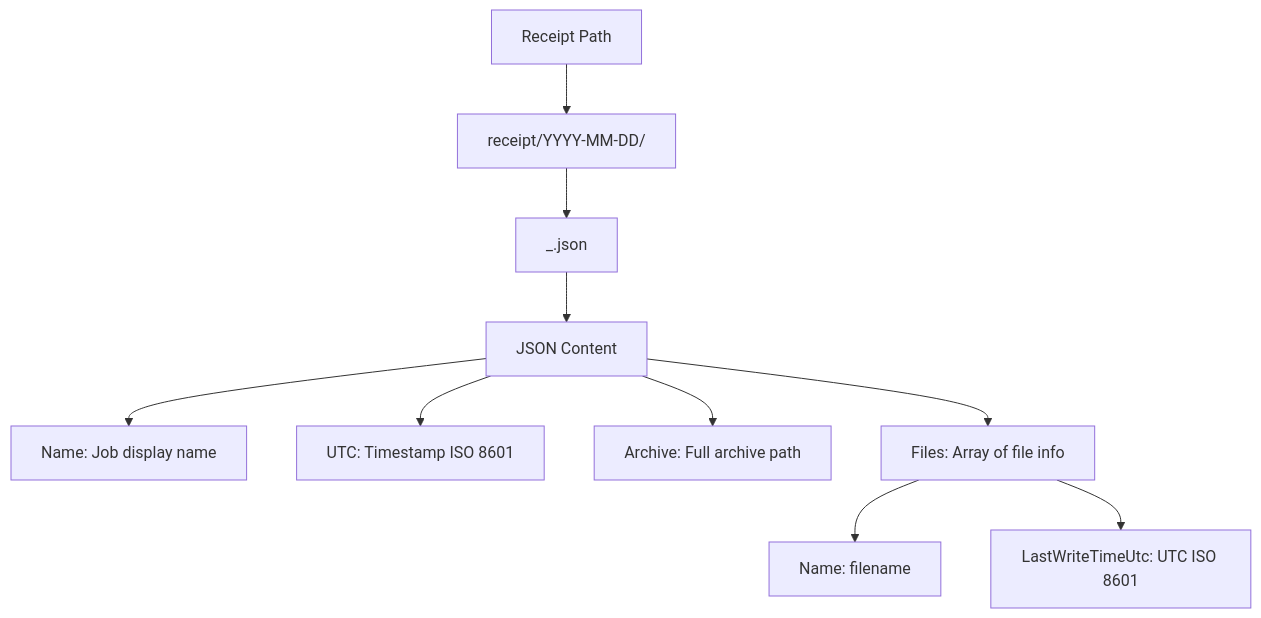
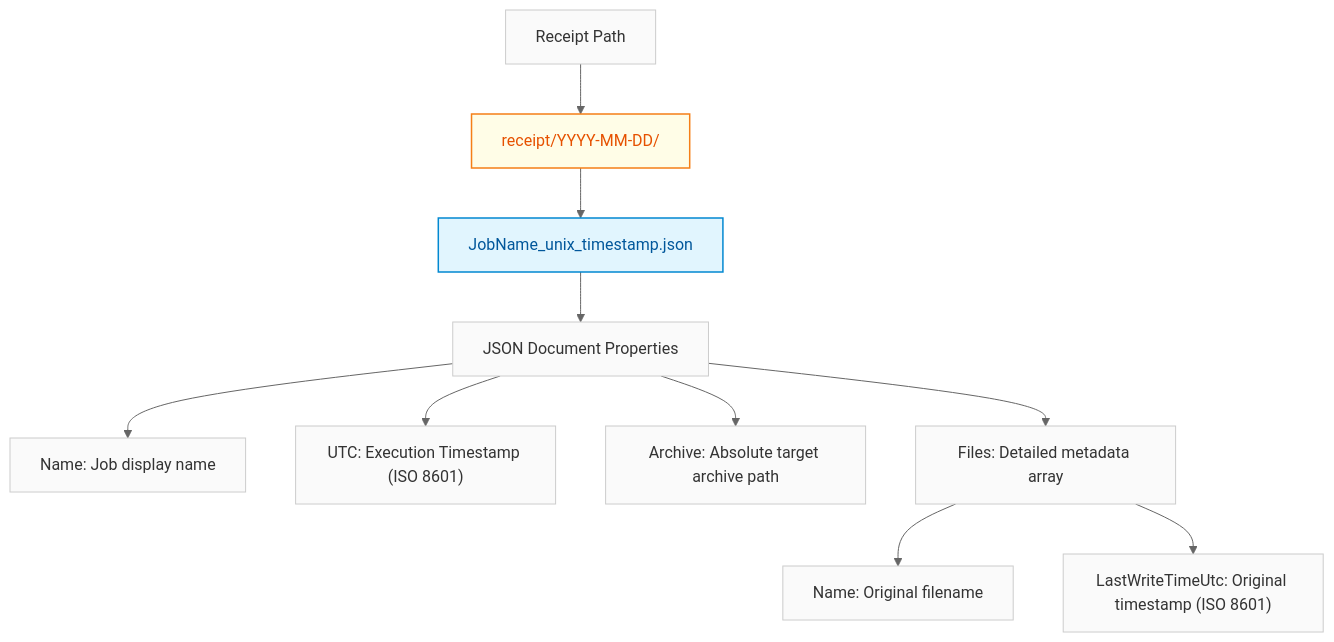
One commit to epuckop/shiny-pancake changed the eighth of 14 diagrams in docs/design/FLOWCHARTS.md. Above: the diagram before and after it, drawn with Mermaid. The commit also changed other lines of this file and 11 other files, not shown here.

First line of the commit message:
Finalize docs, add JSON schema, rename entry script to main.ps1

````diff
--- a/docs/design/FLOWCHARTS.md
+++ b/docs/design/FLOWCHARTS.md
@@ -199,12 +305,22 @@
 ```mermaid
+%%{init: {'theme': 'neutral', 'themeVariables': { 'fontFamily': 'Segoe UI, system-ui, -apple-system, sans-serif' }}}%%
 flowchart TD
+    classDef default fill:#fafafa,stroke:#ccc,stroke-width:1px,color:#333;
+    classDef folder fill:#fffde7,stroke:#f57f17,stroke-width:1.5px,color:#e65100;
+    classDef file fill:#e1f5fe,stroke:#0288d1,stroke-width:1.5px,color:#01579b;
+
     A[Receipt Path] --> B["receipt/YYYY-MM-DD/"]
-    B --> C["<JobName>_<unix_timestamp>.json"]
-    C --> D[JSON Content]
+    B --> C["JobName_unix_timestamp.json"]
+    C --> D[JSON Document Properties]
+    
     D --> E["Name: Job display name"]
-    D --> F["UTC: Timestamp ISO 8601"]
-    D --> G["Archive: Full archive path"]
-    D --> H["Files: Array of file info"]
-    H --> I["  Name: filename"]
-    H --> J["  LastWriteTimeUtc: UTC ISO 8601"]
+    D --> F["UTC: Execution Timestamp (ISO 8601)"]
+    D --> G["Archive: Absolute target archive path"]
+    D --> H["Files: Detailed metadata array"]
+    
+    H --> I["  Name: Original filename"]
+    H --> J["  LastWriteTimeUtc: Original timestamp (ISO 8601)"]
+
+    class B folder;
+    class C file;
 ```
````
